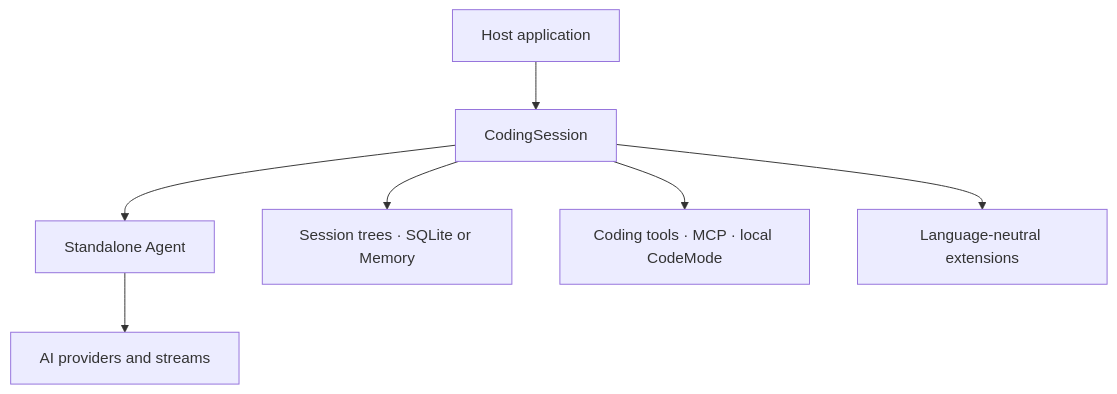
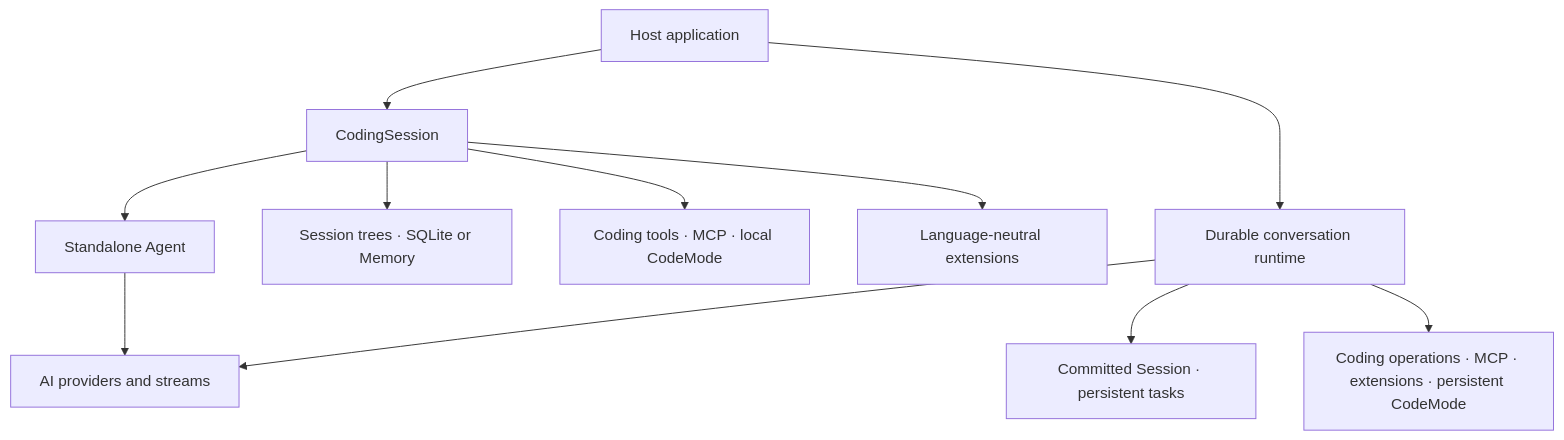
The diagram in README.md (utopia2077/pirua), drawn with Mermaid before and after one commit. The commit also changed other lines of this file and 46 other files, not shown here.

First line of the commit message:
feat(durable): add journaled local CodeMode

````diff
--- a/README.md
+++ b/README.md
@@ -141,9 +145,13 @@
 ```mermaid
 flowchart TD
     Host["Host application"] --> Coding["CodingSession"]
     Coding --> Agent["Standalone Agent"]
     Agent --> AI["AI providers and streams"]
     Coding --> Sessions["Session trees · SQLite or Memory"]
     Coding --> Tools["Coding tools · MCP · local CodeMode"]
     Coding --> Extensions["Language-neutral extensions"]
+    Host --> Durable["Durable conversation runtime"]
+    Durable --> AI
+    Durable --> DurableSession["Committed Session · persistent tasks"]
+    Durable --> DurableTools["Coding operations · MCP · extensions · persistent CodeMode"]
 ```
````
